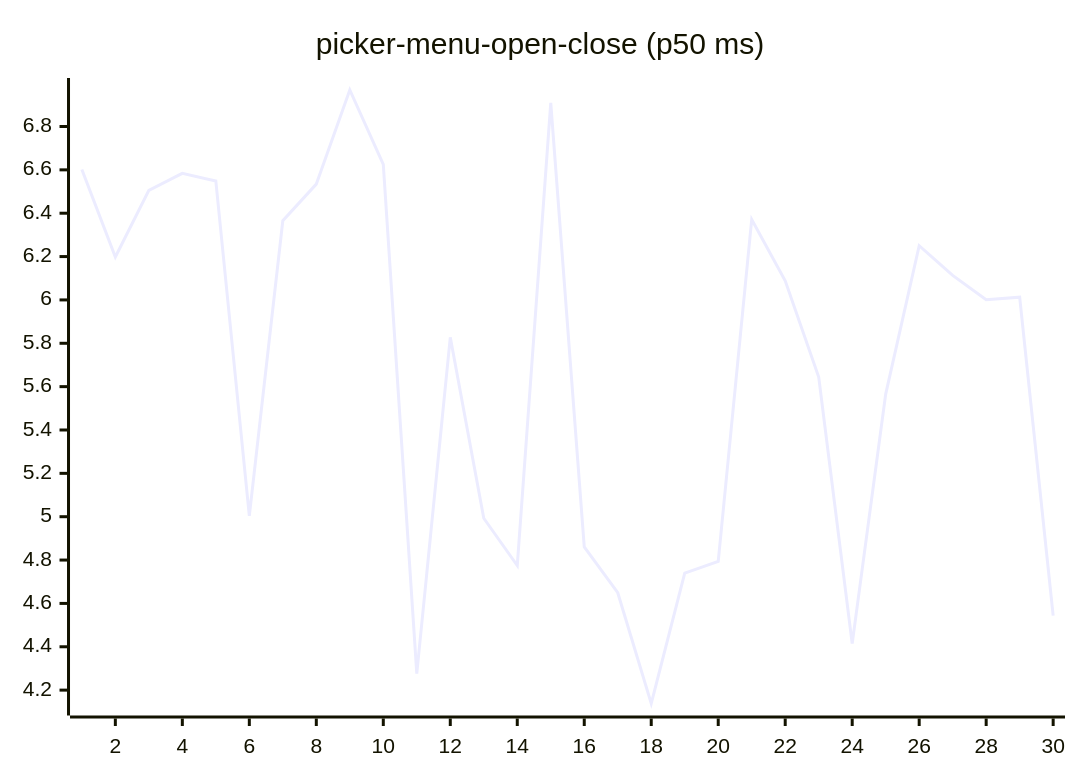
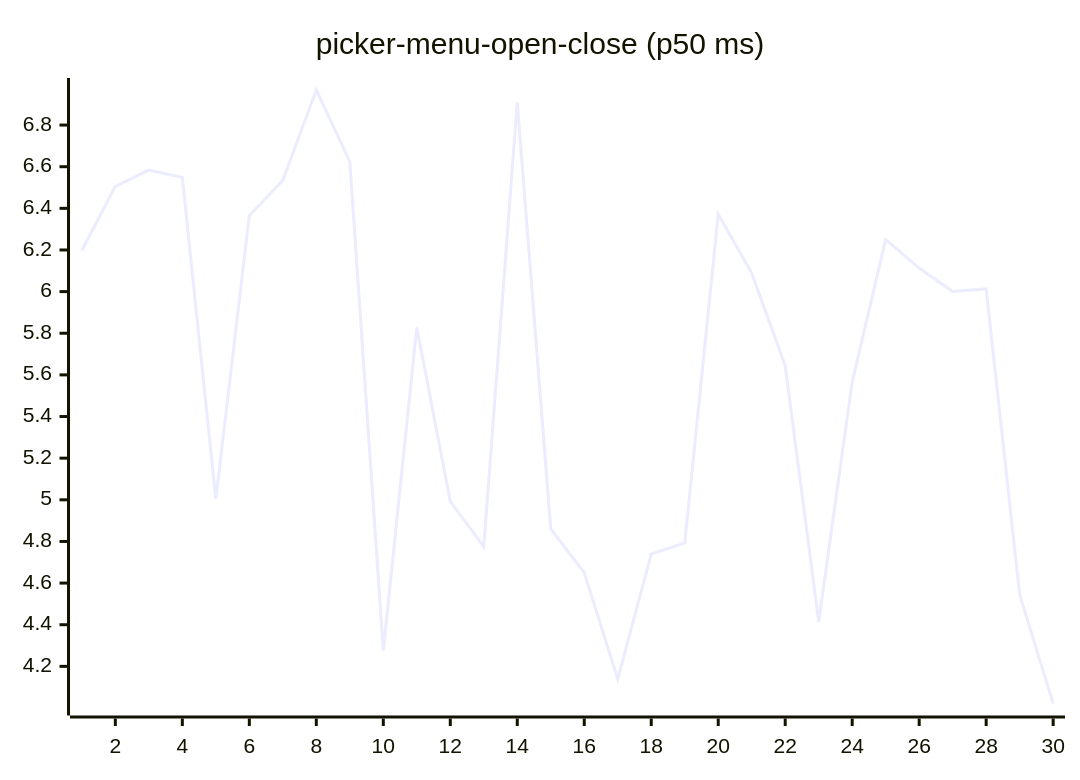
Diagram 16 of 27 in README.md (josha/Facet), drawn with Mermaid before and after one commit. The commit also changed other lines of this file and 2 other files, not shown here.

````diff
--- a/README.md
+++ b/README.md
@@ -168,6 +168,6 @@
 ```mermaid
 xychart-beta
     title "picker-menu-open-close (p50 ms)"
     x-axis 1 --> 30
-    line [6.6018, 6.1978, 6.5053, 6.5840, 6.5483, 5.0039, 6.3653, 6.5343, 6.9684, 6.6249, 4.2762, 5.8275, 4.9929, 4.7749, 6.9094, 4.8605, 4.6493, 4.1383, 4.7397, 4.7934, 6.3713, 6.0885, 5.6440, 4.4145, 5.5656, 6.2500, 6.1133, 6.0006, 6.0128, 4.5439]
+    line [6.1978, 6.5053, 6.5840, 6.5483, 5.0039, 6.3653, 6.5343, 6.9684, 6.6249, 4.2762, 5.8275, 4.9929, 4.7749, 6.9094, 4.8605, 4.6493, 4.1383, 4.7397, 4.7934, 6.3713, 6.0885, 5.6440, 4.4145, 5.5656, 6.2500, 6.1133, 6.0006, 6.0128, 4.5439, 4.0216]
 ```
````
